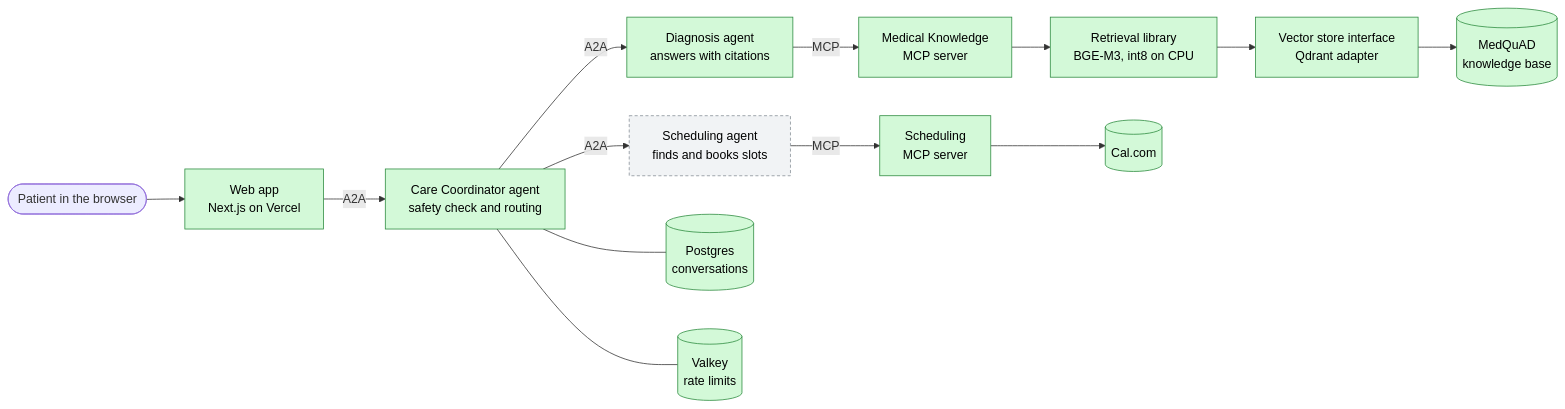
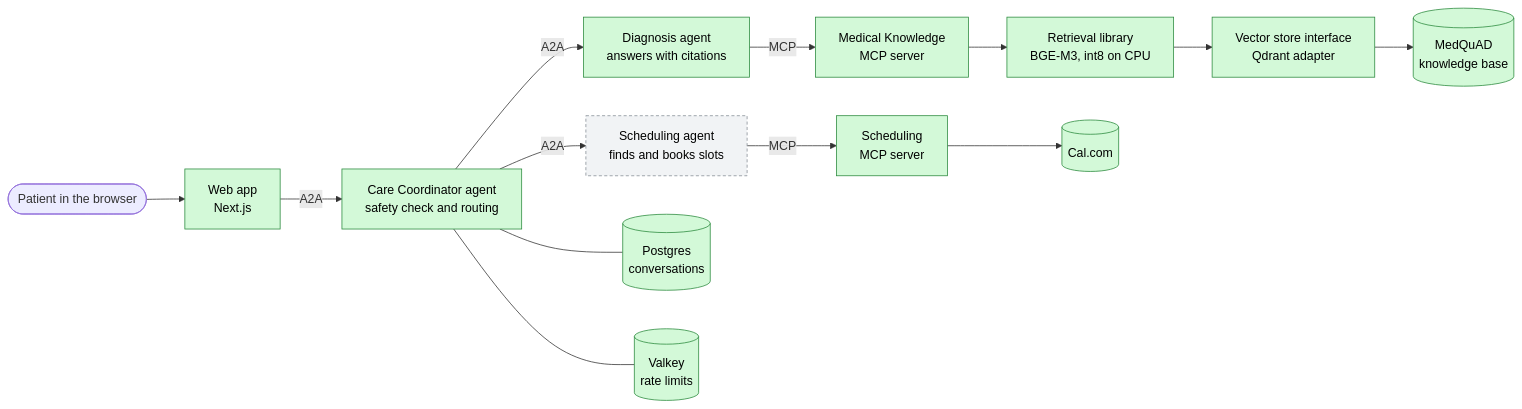
Before and after one commit to BijanProjects/RAGMed: the first of 8 diagrams in README.md, drawn with Mermaid. The commit also changed other lines of this file and 3 other files, not shown here.

````diff
--- a/README.md
+++ b/README.md
@@ -67,29 +67,29 @@
 ```mermaid
 flowchart LR
     user([Patient in the browser])
-    web["Web app<br/>Next.js on Vercel"]
+    web["Web app<br/>Next.js"]
     coord["Care Coordinator agent<br/>safety check and routing"]
     diag["Diagnosis agent<br/>answers with citations"]
     sched["Scheduling agent<br/>finds and books slots"]
     mcpmed["Medical Knowledge<br/>MCP server"]
     mcpcal["Scheduling<br/>MCP server"]
     retr["Retrieval library<br/>BGE-M3, int8 on CPU"]
     vs["Vector store interface<br/>Qdrant adapter"]
     kb[("MedQuAD<br/>knowledge base")]
     cal[("Cal.com")]
     pg[("Postgres<br/>conversations")]
     vk[("Valkey<br/>rate limits")]
 
     user --> web -->|A2A| coord
     coord -->|A2A| diag
     coord -->|A2A| sched
     diag -->|MCP| mcpmed --> retr --> vs --> kb
     sched -->|MCP| mcpcal --> cal
     coord --- pg
     coord --- vk
 
     classDef done fill:#d3f9d8,stroke:#2b8a3e,color:#000
     classDef planned fill:#f1f3f5,stroke:#868e96,color:#000,stroke-dasharray: 4 3
     class web,coord,diag,mcpmed,retr,vs,kb,mcpcal,cal,pg,vk done
     class sched planned
 ```
````
